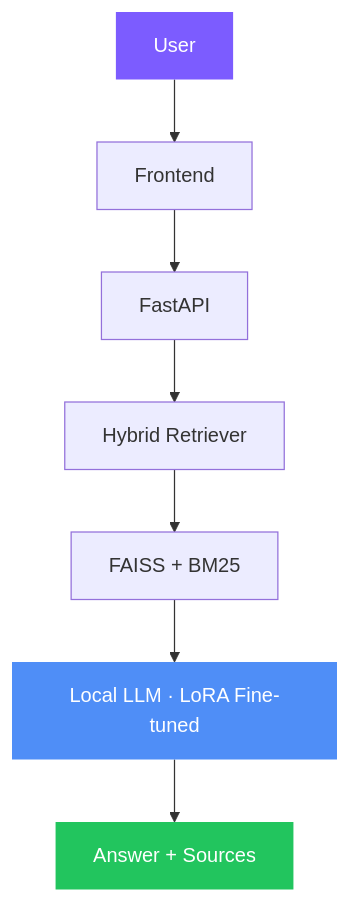
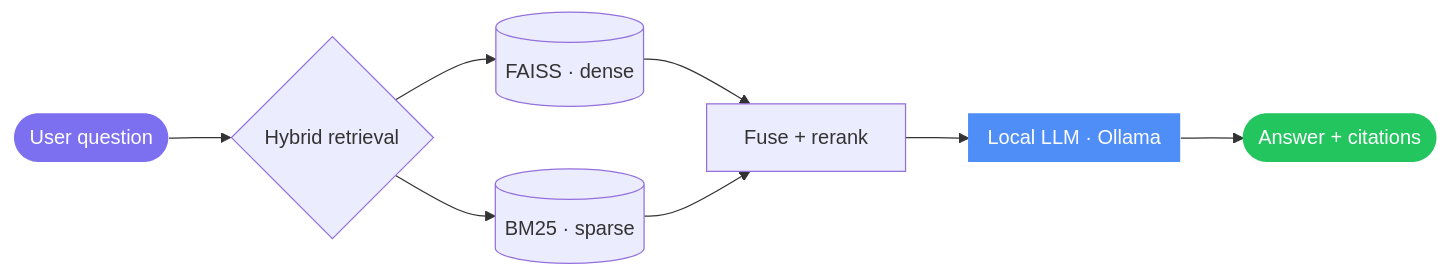
The diagram in hybrid_rag/README.md (hamydullodev/project), drawn with Mermaid before and after one commit. The commit also changed other lines of this file and 12 other files, not shown here.

````diff
--- a/hybrid_rag/README.md
+++ b/hybrid_rag/README.md
@@ -62,13 +65,14 @@
 ```mermaid
-flowchart TD
-    A[User] --> B[Frontend]
-    B --> C[FastAPI]
-    C --> D[Hybrid Retriever]
-    D --> E[FAISS + BM25]
-    E --> F[Local LLM · LoRA Fine-tuned]
-    F --> G[Answer + Sources]
+flowchart LR
+    A([User question]) --> B{Hybrid retrieval}
+    B --> D1[("FAISS · dense")]
+    B --> D2[("BM25 · sparse")]
+    D1 --> E[Fuse + rerank]
+    D2 --> E
+    E --> F[["Local LLM · Ollama"]]
+    F --> G([Answer + citations])
 
-    style A fill:#7C5CFF,color:#fff,stroke:none
+    style A fill:#7c6ff0,color:#fff,stroke:none
+    style G fill:#22c55e,color:#fff,stroke:none
     style F fill:#4f8ef7,color:#fff,stroke:none
-    style G fill:#22c55e,color:#fff,stroke:none
 ```
````
